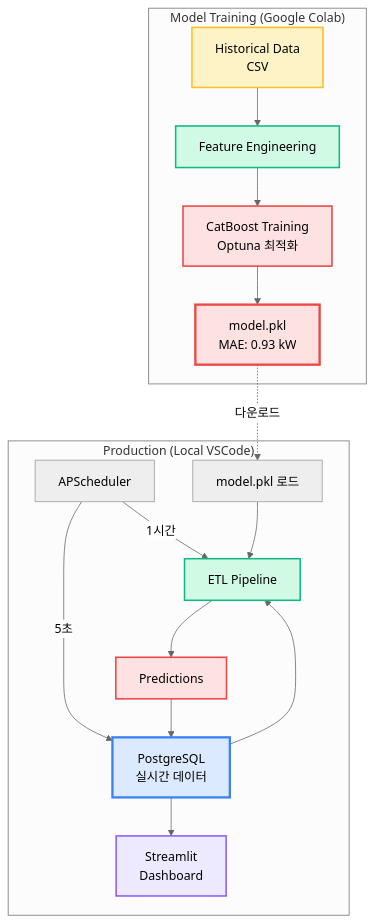
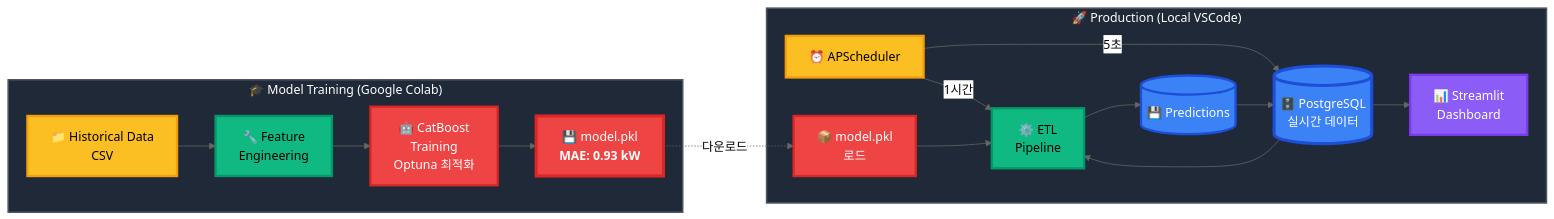
Before and after one commit to ParkJH0313/smart-factory-power: the fifth of 8 diagrams in README.md, drawn with Mermaid (neutral theme). The commit also changed other lines of this file, not shown here.

````diff
--- a/README.md
+++ b/README.md
@@ -137,40 +151,44 @@
 ```mermaid
-graph TB
-    subgraph "Model Training (Google Colab)"
-        T1[Historical Data<br/>CSV]
-        T2[Feature Engineering]
-        T3[CatBoost Training<br/>Optuna 최적화]
-        T4[model.pkl<br/>MAE: 0.93 kW]
+graph LR
+    subgraph Training["🎓 Model Training (Google Colab)"]
+        T1["📁 Historical Data<br/>CSV"]
+        T2["🔧 Feature<br/>Engineering"]
+        T3["🤖 CatBoost<br/>Training<br/>Optuna 최적화"]
+        T4["💾 model.pkl<br/><b>MAE: 0.93 kW</b>"]
     end
     
-    subgraph "Production (Local VSCode)"
-        P1[APScheduler]
-        P2[PostgreSQL<br/>실시간 데이터]
-        P3[model.pkl 로드]
-        P4[ETL Pipeline]
-        P5[Predictions]
-        P6[Streamlit<br/>Dashboard]
+    subgraph Production["🚀 Production (Local VSCode)"]
+        P1["⏰ APScheduler"]
+        P2[("🗄️ PostgreSQL<br/>실시간 데이터")]
+        P3["📦 model.pkl<br/>로드"]
+        P4["⚙️ ETL<br/>Pipeline"]
+        P5[("💾 Predictions")]
+        P6["📊 Streamlit<br/>Dashboard"]
     end
     
     T1 --> T2
     T2 --> T3
     T3 --> T4
-    T4 -.->|다운로드| P3
+    T4 -.->|"다운로드"| P3
     
-    P1 -->|5초| P2
-    P1 -->|1시간| P4
+    P1 -->|"5초"| P2
+    P1 -->|"1시간"| P4
     P2 --> P4
     P3 --> P4
     P4 --> P5
     P5 --> P2
     P2 --> P6
     
-    style T1 fill:#fef3c7,stroke:#fbbf24,stroke-width:2px
-    style T2 fill:#d1fae5,stroke:#10b981,stroke-width:2px
-    style T3 fill:#fee2e2,stroke:#ef4444,stroke-width:2px
-    style T4 fill:#fee2e2,stroke:#ef4444,stroke-width:3px
-    style P2 fill:#dbeafe,stroke:#3b82f6,stroke-width:3px
-    style P4 fill:#d1fae5,stroke:#10b981,stroke-width:2px
-    style P5 fill:#fee2e2,stroke:#ef4444,stroke-width:2px
-    style P6 fill:#ede9fe,stroke:#8b5cf6,stroke-width:2px
+    style T1 fill:#fbbf24,stroke:#f59e0b,stroke-width:3px,color:#000
+    style T2 fill:#10b981,stroke:#059669,stroke-width:3px,color:#000
+    style T3 fill:#ef4444,stroke:#dc2626,stroke-width:3px,color:#fff
+    style T4 fill:#ef4444,stroke:#dc2626,stroke-width:4px,color:#fff
+    style P1 fill:#fbbf24,stroke:#f59e0b,stroke-width:3px,color:#000
+    style P2 fill:#3b82f6,stroke:#1d4ed8,stroke-width:4px,color:#fff
+    style P3 fill:#ef4444,stroke:#dc2626,stroke-width:3px,color:#fff
+    style P4 fill:#10b981,stroke:#059669,stroke-width:3px,color:#000
+    style P5 fill:#3b82f6,stroke:#1d4ed8,stroke-width:3px,color:#fff
+    style P6 fill:#8b5cf6,stroke:#7c3aed,stroke-width:3px,color:#fff
+    style Training fill:#1f2937,stroke:#4b5563,stroke-width:2px,color:#fff
+    style Production fill:#1f2937,stroke:#4b5563,stroke-width:2px,color:#fff
 ```
````
